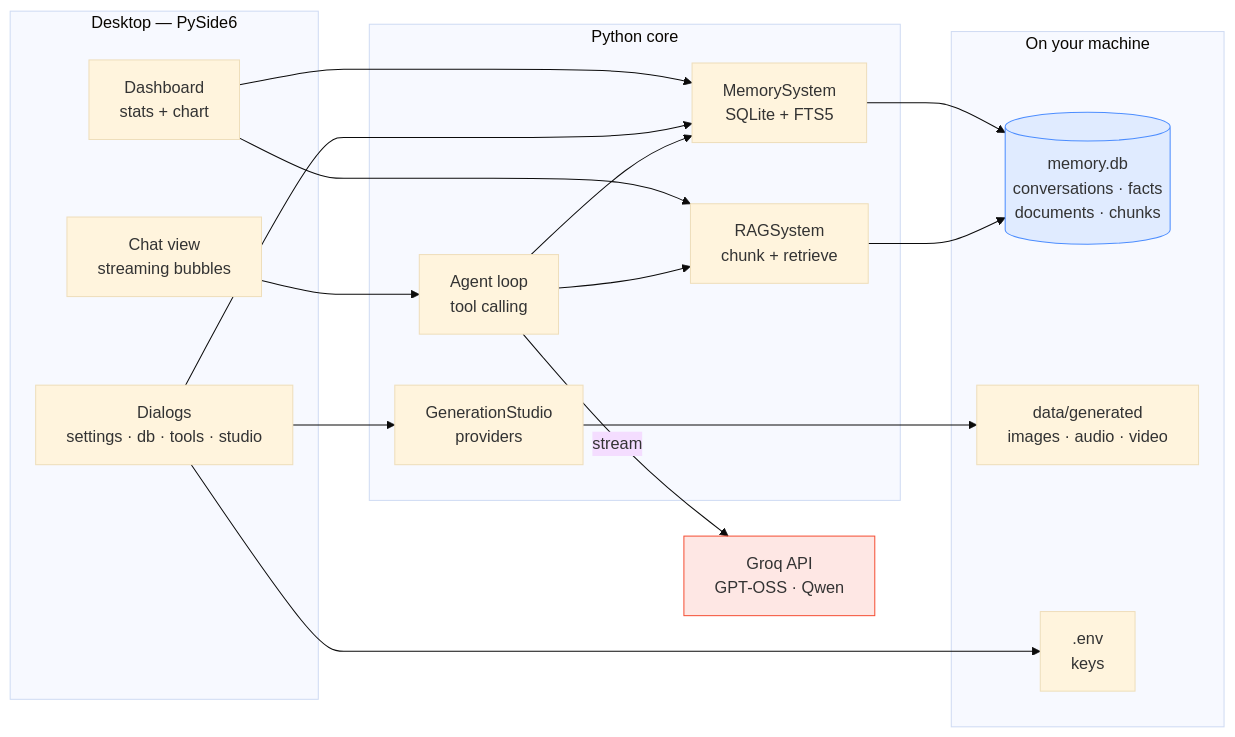
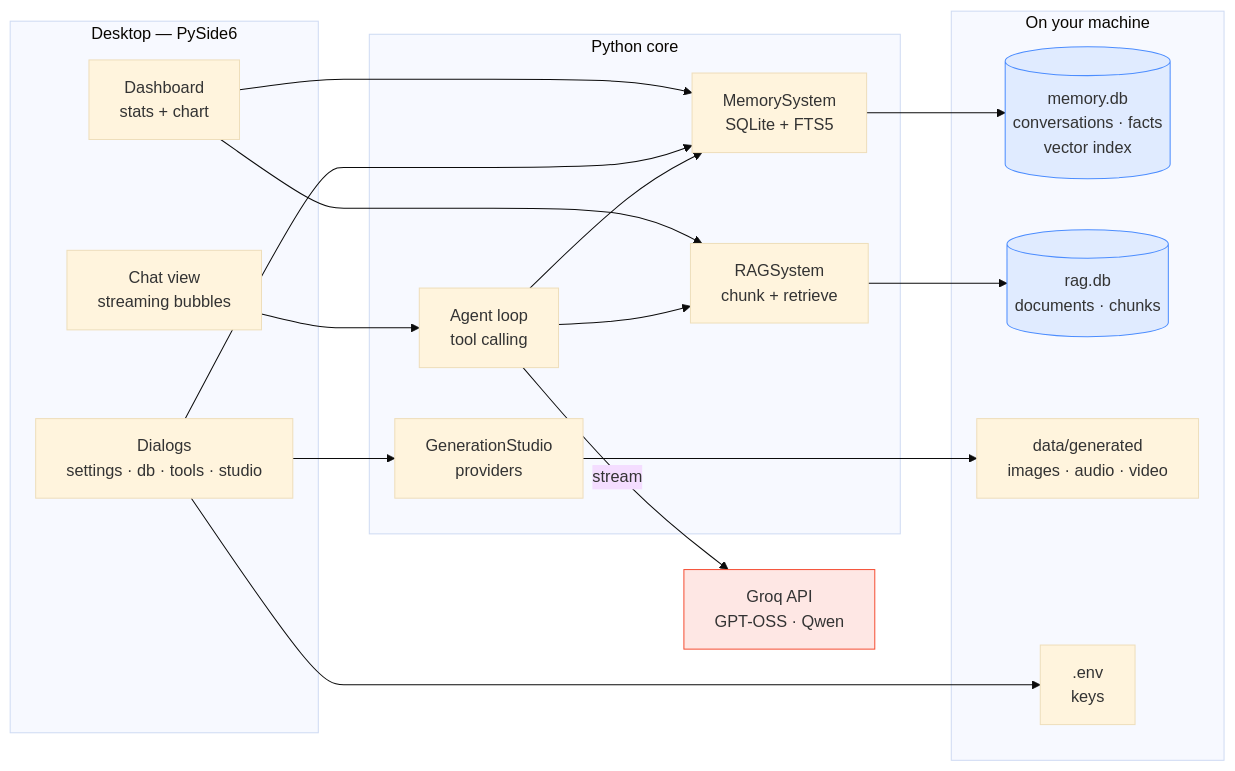
The first of 2 diagrams in README.md (rhasan2026g-cell/GroqChatbot), drawn with Mermaid (base theme) before and after one commit. The commit also changed other lines of this file and 9 other files, not shown here.

````diff
--- a/README.md
+++ b/README.md
@@ -164,39 +186,41 @@
 ```mermaid
 flowchart LR
     subgraph UI["Desktop — PySide6"]
         Chat["Chat view<br/>streaming bubbles"]
         Dash["Dashboard<br/>stats + chart"]
         Dlg["Dialogs<br/>settings · db · tools · studio"]
     end
 
     subgraph Core["Python core"]
         Agent["Agent loop<br/>tool calling"]
         Mem["MemorySystem<br/>SQLite + FTS5"]
         RAG["RAGSystem<br/>chunk + retrieve"]
         Gen["GenerationStudio<br/>providers"]
     end
 
     subgraph Local["On your machine"]
-        DB[("memory.db<br/>conversations · facts<br/>documents · chunks")]
+        DB[("memory.db<br/>conversations · facts<br/>vector index")]
+        RAGDB[("rag.db<br/>documents · chunks")]
         Files["data/generated<br/>images · audio · video"]
         Env[".env<br/>keys"]
     end
 
     Groq["Groq API<br/>GPT-OSS · Qwen"]
 
     Chat --> Agent
     Dash --> Mem
     Dash --> RAG
     Dlg --> Mem
     Dlg --> Gen
     Agent --> Mem
     Agent --> RAG
     Agent -->|stream| Groq
     Mem --> DB
-    RAG --> DB
+    RAG --> RAGDB
     Gen --> Files
     Dlg --> Env
 
     style Groq fill:#F5503622,stroke:#F55036
     style DB fill:#4C8DFF22,stroke:#4C8DFF
+    style RAGDB fill:#4C8DFF22,stroke:#4C8DFF
 ```
````
